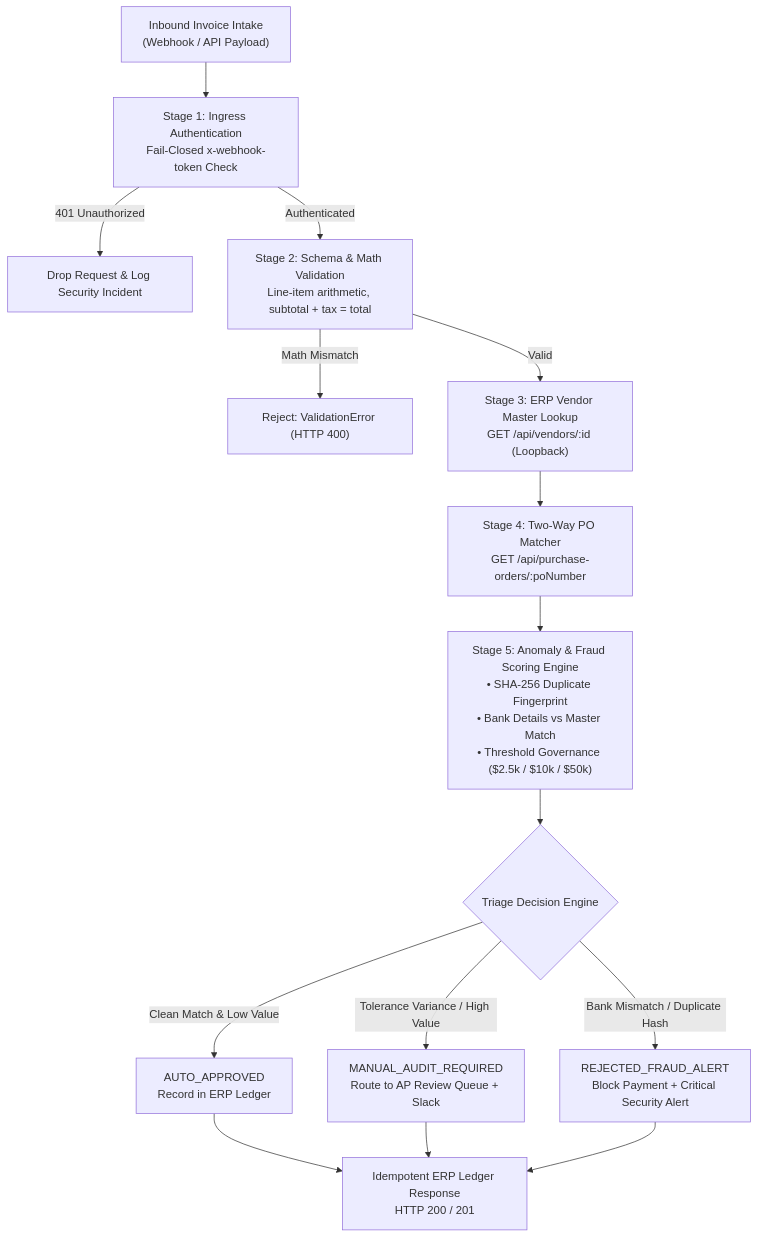
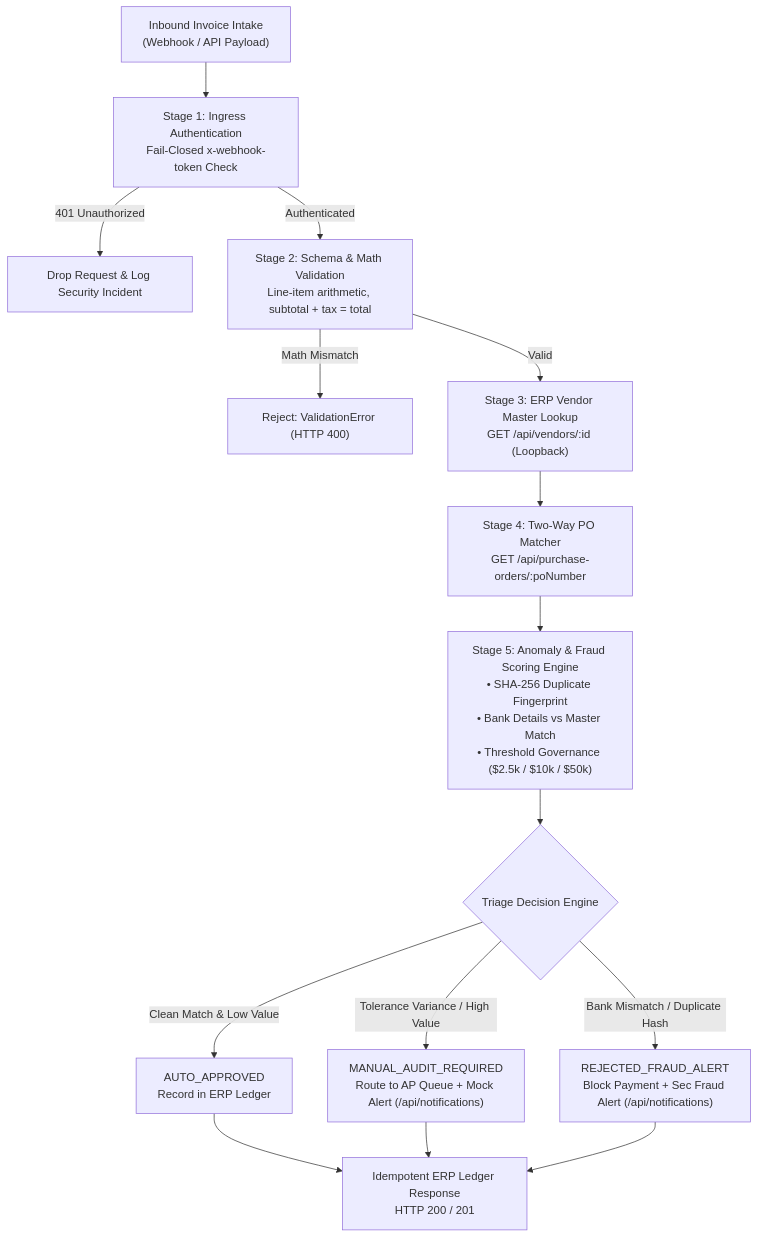
One commit to Jk-7bod7/smart-invoice-audit-pipeline changed the diagram in docs/ARCHITECTURE.md. Above: the diagram before and after it, drawn with Mermaid. The commit also changed other lines of this file and 13 other files, not shown here.

Commit message:
fix: Docker service discovery, mock notifications, and live n8n container E2E verification

````diff
--- a/docs/ARCHITECTURE.md
+++ b/docs/ARCHITECTURE.md
@@ -16,22 +16,22 @@
 ```mermaid
 flowchart TD
     A["Inbound Invoice Intake<br/>(Webhook / API Payload)"] --> B["Stage 1: Ingress Authentication<br/>Fail-Closed x-webhook-token Check"]
     B -->|401 Unauthorized| B_Fail["Drop Request & Log Security Incident"]
     B -->|Authenticated| C["Stage 2: Schema & Math Validation<br/>Line-item arithmetic, subtotal + tax = total"]
     
     C -->|Math Mismatch| C_Fail["Reject: ValidationError (HTTP 400)"]
     C -->|Valid| D["Stage 3: ERP Vendor Master Lookup<br/>GET /api/vendors/:id (Loopback)"]
     
     D --> E["Stage 4: Two-Way PO Matcher<br/>GET /api/purchase-orders/:poNumber"]
     E --> F["Stage 5: Anomaly & Fraud Scoring Engine<br/>• SHA-256 Duplicate Fingerprint<br/>• Bank Details vs Master Match<br/>• Threshold Governance ($2.5k / $10k / $50k)"]
     
     F --> G{"Triage Decision Engine"}
     
     G -->|Clean Match & Low Value| H["AUTO_APPROVED<br/>Record in ERP Ledger"]
-    G -->|Tolerance Variance / High Value| I["MANUAL_AUDIT_REQUIRED<br/>Route to AP Review Queue + Slack"]
-    G -->|Bank Mismatch / Duplicate Hash| J["REJECTED_FRAUD_ALERT<br/>Block Payment + Critical Security Alert"]
+    G -->|Tolerance Variance / High Value| I["MANUAL_AUDIT_REQUIRED<br/>Route to AP Queue + Mock Alert (/api/notifications)"]
+    G -->|Bank Mismatch / Duplicate Hash| J["REJECTED_FRAUD_ALERT<br/>Block Payment + Sec Fraud Alert (/api/notifications)"]
     
     H --> K["Idempotent ERP Ledger Response<br/>HTTP 200 / 201"]
     I --> K
     J --> K
 ```
````
